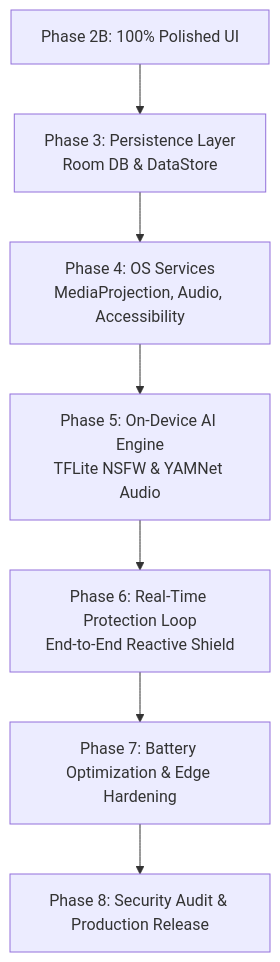
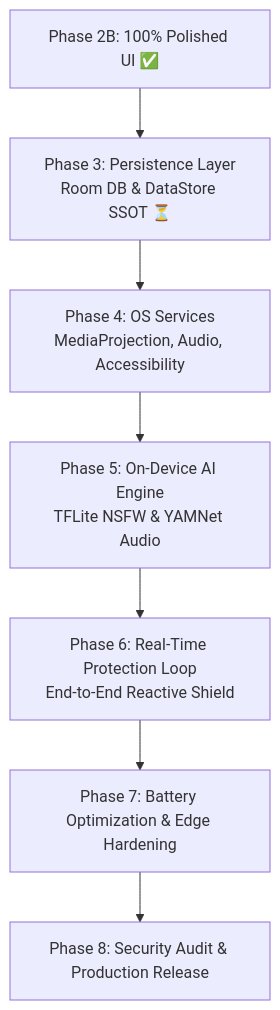
The diagram in PROJECT_PROGRESS.md (saidur1004/SafeScreen), drawn with Mermaid before and after one commit. The commit also changed other lines of this file and 3 other files, not shown here.

Commit message:
docs(architecture): comprehensive zero-lag AI blueprint, contextual revision, and strict sequential action plan

````diff
--- a/PROJECT_PROGRESS.md
+++ b/PROJECT_PROGRESS.md
@@ -248,9 +268,9 @@
 ```mermaid
 flowchart TD
-    UI[Phase 2B: 100% Polished UI] --> P3[Phase 3: Persistence Layer\nRoom DB & DataStore]
+    UI[Phase 2B: 100% Polished UI ✅] --> P3[Phase 3: Persistence Layer\nRoom DB & DataStore SSOT ⏳]
     P3 --> P4[Phase 4: OS Services\nMediaProjection, Audio, Accessibility]
     P4 --> P5[Phase 5: On-Device AI Engine\nTFLite NSFW & YAMNet Audio]
     P5 --> P6[Phase 6: Real-Time Protection Loop\nEnd-to-End Reactive Shield]
     P6 --> P7[Phase 7: Battery Optimization & Edge Hardening]
     P7 --> P8[Phase 8: Security Audit & Production Release]
 ```
````
